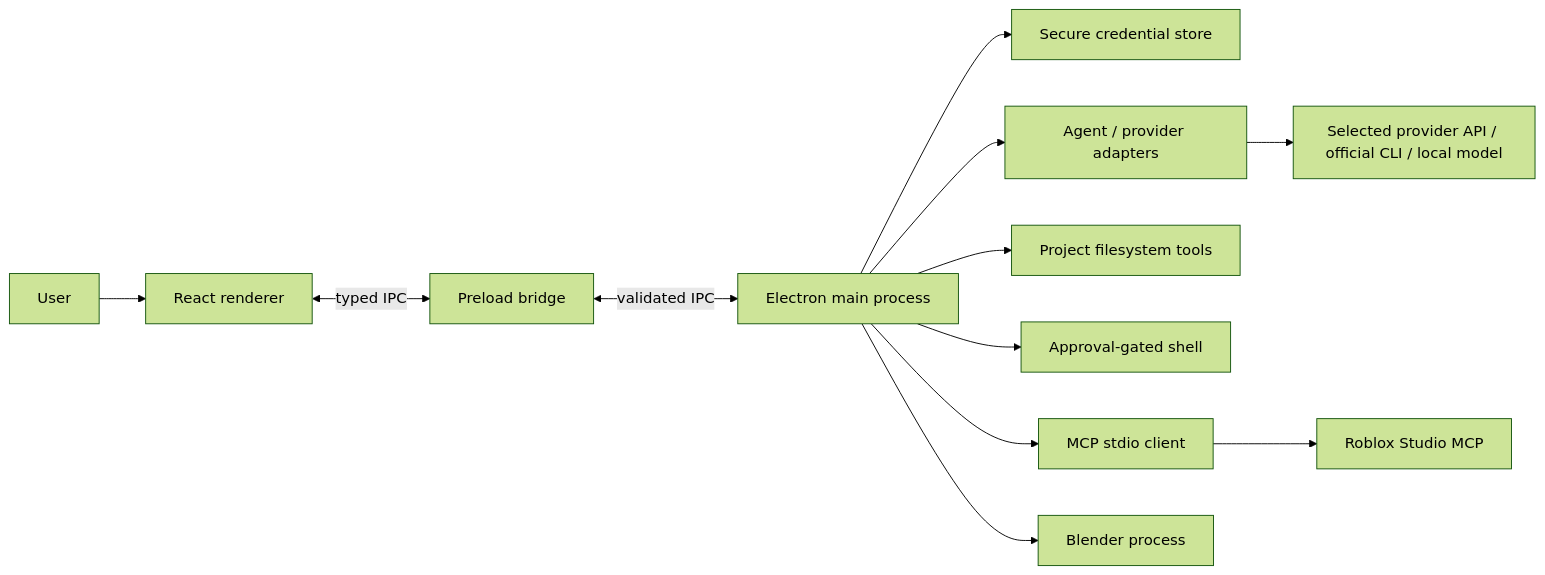
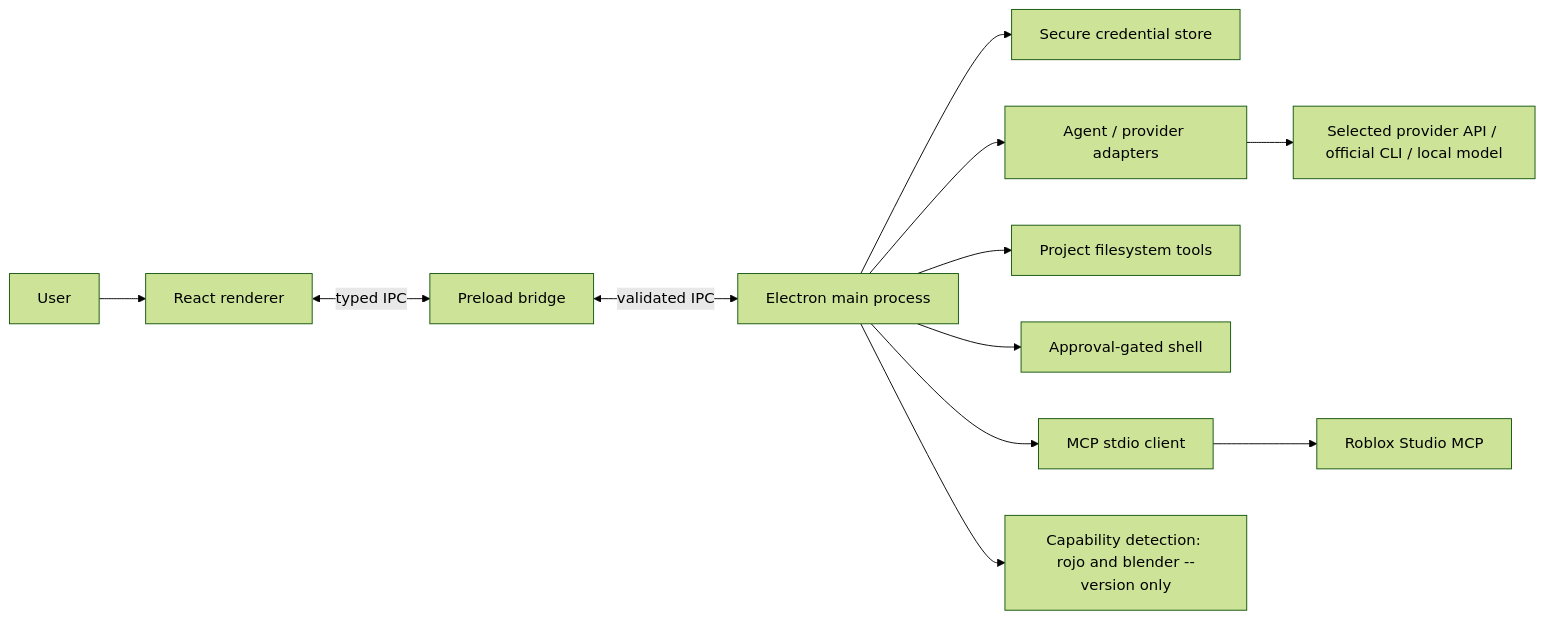
One commit to cayleb-james2008/open-ro changed the diagram in docs/ARCHITECTURE.md. Above: the diagram before and after it, drawn with Mermaid (forest theme). The commit also changed 1 other file, not shown here.

Commit message:
docs: drop the Blender process box and bring the 2026-11-03 proof log up to date

````diff
--- a/docs/ARCHITECTURE.md
+++ b/docs/ARCHITECTURE.md
@@ -7,14 +7,14 @@
 ```mermaid
 flowchart LR
   U[User] --> UI[React renderer]
   UI <-->|typed IPC| P[Preload bridge]
   P <-->|validated IPC| M[Electron main process]
   M --> S[Secure credential store]
   M --> A[Agent / provider adapters]
   M --> FS[Project filesystem tools]
   M --> SH[Approval-gated shell]
   M --> MCP[MCP stdio client]
   MCP --> RBX[Roblox Studio MCP]
-  M --> BL[Blender process]
+  M --> CAP[Capability detection: rojo and blender --version only]
   A --> CLOUD[Selected provider API / official CLI / local model]
 ```
````
